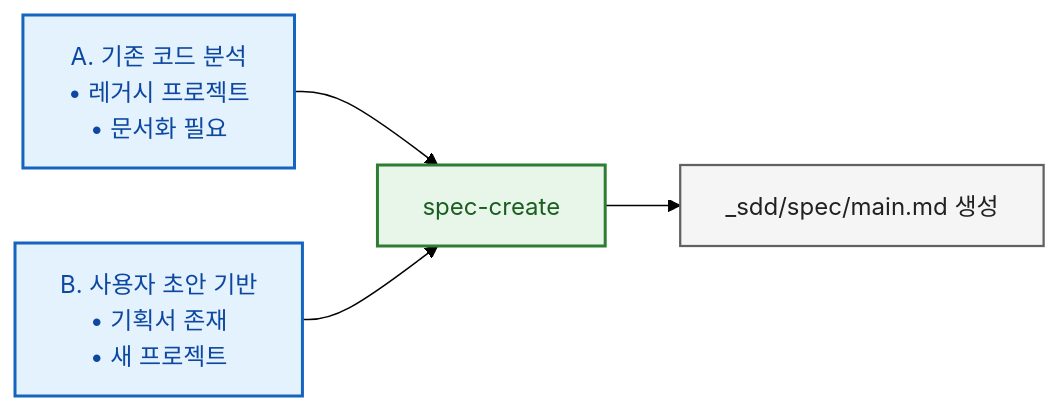
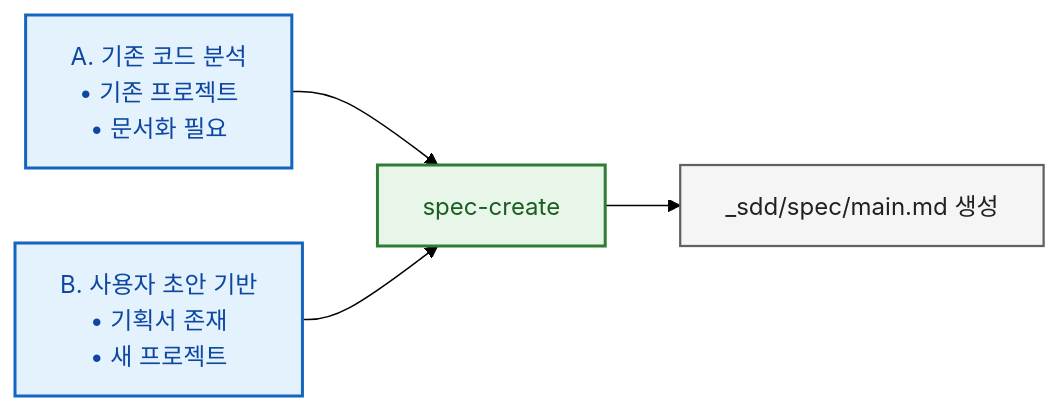
One commit to malfo-y/sdd-skills changed the diagram in SDD_QUICK_START.md. Above: the diagram before and after it, drawn with Mermaid (forest theme). The commit also changed other lines of this file and 1 other file, not shown here.

````diff
--- a/SDD_QUICK_START.md
+++ b/SDD_QUICK_START.md
@@ -32,15 +30,15 @@
 ```mermaid
 flowchart LR
-    A["A. 기존 코드 분석<br/>• 레거시 프로젝트<br/>• 문서화 필요"]:::choice
+    A["A. 기존 코드 분석<br/>• 기존 프로젝트<br/>• 문서화 필요"]:::choice
     B["B. 사용자 초안 기반<br/>• 기획서 존재<br/>• 새 프로젝트"]:::choice
     SC["spec-create"]:::action
     Out["_sdd/spec/main.md 생성"]:::output
 
     A --> SC
     B --> SC
     SC --> Out
 
     classDef choice fill:#E3F2FD,stroke:#1565C0,stroke-width:2px,color:#0D47A1;
     classDef action fill:#E8F5E9,stroke:#2E7D32,stroke-width:2px,color:#1B5E20;
     classDef output fill:#F5F5F5,stroke:#616161,stroke-width:1.5px,color:#212121;
 ```
````
